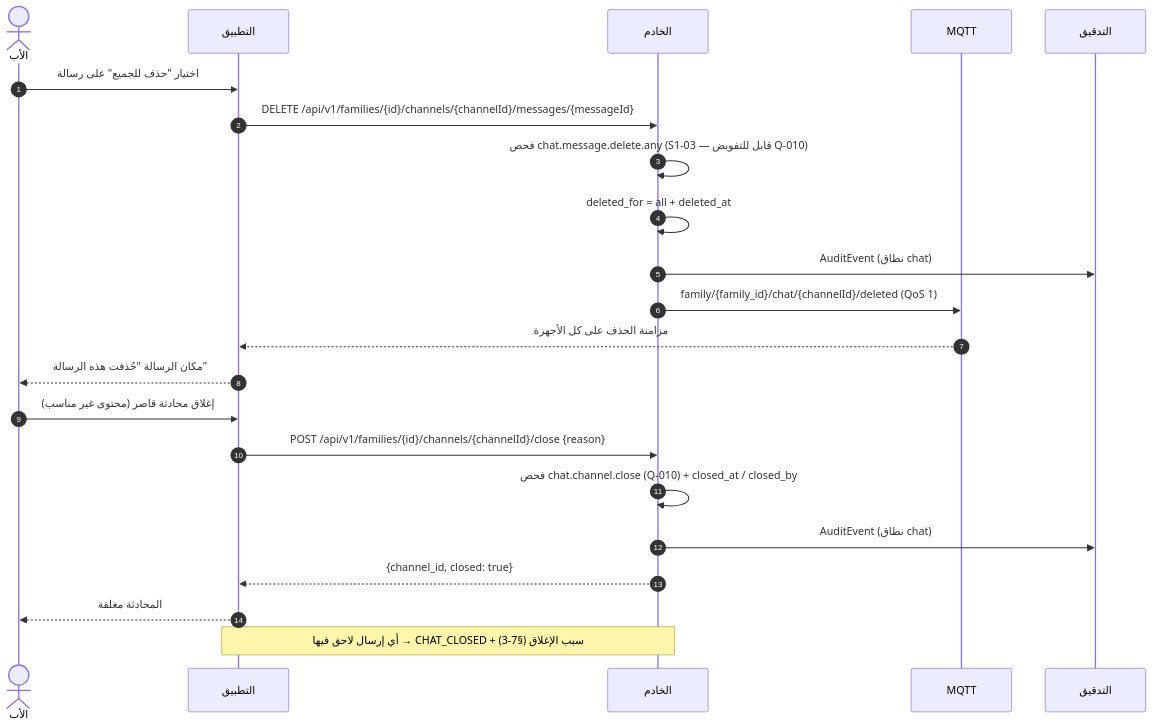
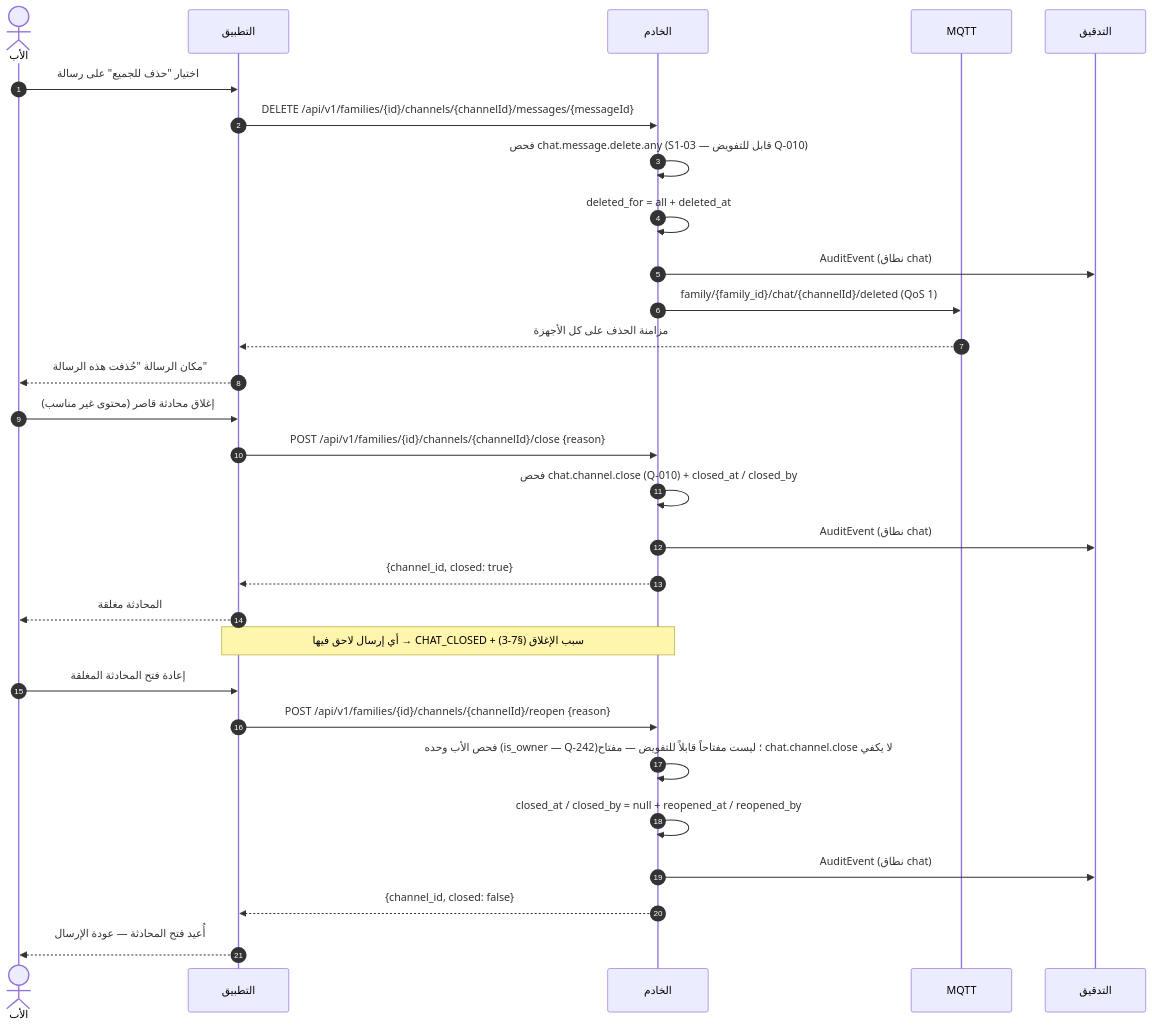
The sixth of 10 diagrams in docs/family-os/governance/phases/phase-1/S1-08-chat-basic/DIAGRAMS.md (Bassam-mohammed-alqaeadi/family-os-v2), drawn with Mermaid before and after one commit. The commit also changed other lines of this file and 13 other files, not shown here.

````diff
--- a/docs/family-os/governance/phases/phase-1/S1-08-chat-basic/DIAGRAMS.md
+++ b/docs/family-os/governance/phases/phase-1/S1-08-chat-basic/DIAGRAMS.md
@@ -270,24 +270,31 @@
 ```mermaid
 sequenceDiagram
     autonumber
     actor Father as الأب
     participant App as التطبيق
     participant Ktor as الخادم
     participant MQTT as MQTT
     participant Audit as التدقيق
     Father->>App: اختيار "حذف للجميع" على رسالة
     App->>Ktor: DELETE /api/v1/families/{id}/channels/{channelId}/messages/{messageId}
     Ktor->>Ktor: فحص chat.message.delete.any (S1-03 — قابل للتفويض Q-010)
     Ktor->>Ktor: deleted_for = all + deleted_at
     Ktor->>Audit: AuditEvent (نطاق chat)
     Ktor->>MQTT: family/{family_id}/chat/{channelId}/deleted (QoS 1)
     MQTT-->>App: مزامنة الحذف على كل الأجهزة
     App-->>Father: مكان الرسالة "حُذفت هذه الرسالة"
     Father->>App: إغلاق محادثة قاصر (محتوى غير مناسب)
     App->>Ktor: POST /api/v1/families/{id}/channels/{channelId}/close {reason}
     Ktor->>Ktor: فحص chat.channel.close (Q-010) + closed_at / closed_by
     Ktor->>Audit: AuditEvent (نطاق chat)
     Ktor-->>App: {channel_id, closed: true}
     App-->>Father: المحادثة مغلقة
     Note over App,Ktor: أي إرسال لاحق فيها → CHAT_CLOSED + سبب الإغلاق (§7-3)
+    Father->>App: إعادة فتح المحادثة المغلقة
+    App->>Ktor: POST /api/v1/families/{id}/channels/{channelId}/reopen {reason}
+    Ktor->>Ktor: فحص الأب وحده (is_owner — Q-242)؛ ليست مفتاحاً قابلاً للتفويض — مفتاح chat.channel.close لا يكفي
+    Ktor->>Ktor: closed_at / closed_by = null + reopened_at / reopened_by
+    Ktor->>Audit: AuditEvent (نطاق chat)
+    Ktor-->>App: {channel_id, closed: false}
+    App-->>Father: أُعيد فتح المحادثة — عودة الإرسال
 ```
````
